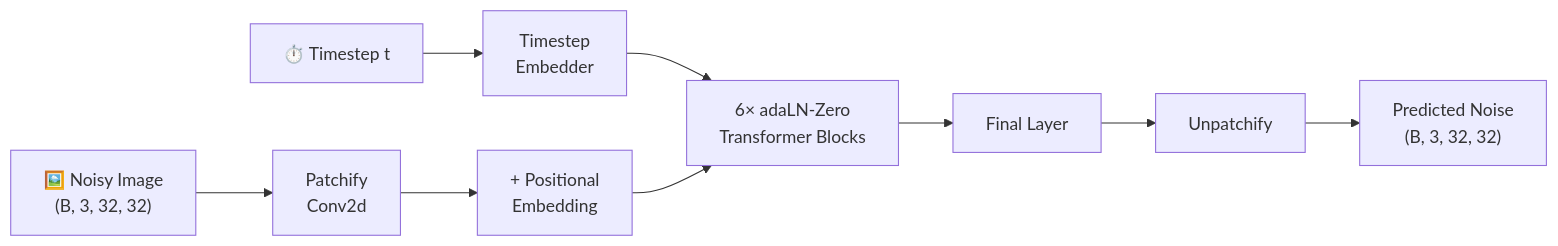
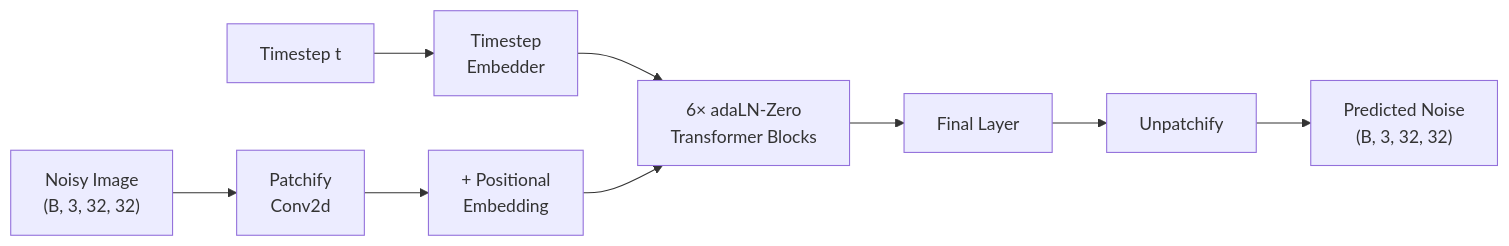
Before and after one commit to nisbenz/DiT-from-Scratch: the first of 5 diagrams in README.MD, drawn with Mermaid.

````diff
--- a/README.MD
+++ b/README.MD
@@ -20,11 +20,11 @@
 ```mermaid
 flowchart LR
-    A["🖼️ Noisy Image\n(B, 3, 32, 32)"] --> B["Patchify\nConv2d"]
+    A[" Noisy Image\n(B, 3, 32, 32)"] --> B["Patchify\nConv2d"]
     B --> C["+ Positional\nEmbedding"]
-    T["⏱️ Timestep t"] --> TE["Timestep\nEmbedder"]
+    T[" Timestep t"] --> TE["Timestep\nEmbedder"]
     TE --> D
     C --> D["6× adaLN-Zero\nTransformer Blocks"]
     D --> E["Final Layer"]
     E --> F["Unpatchify"]
     F --> G[" Predicted Noise\n(B, 3, 32, 32)"]
 ```
````
